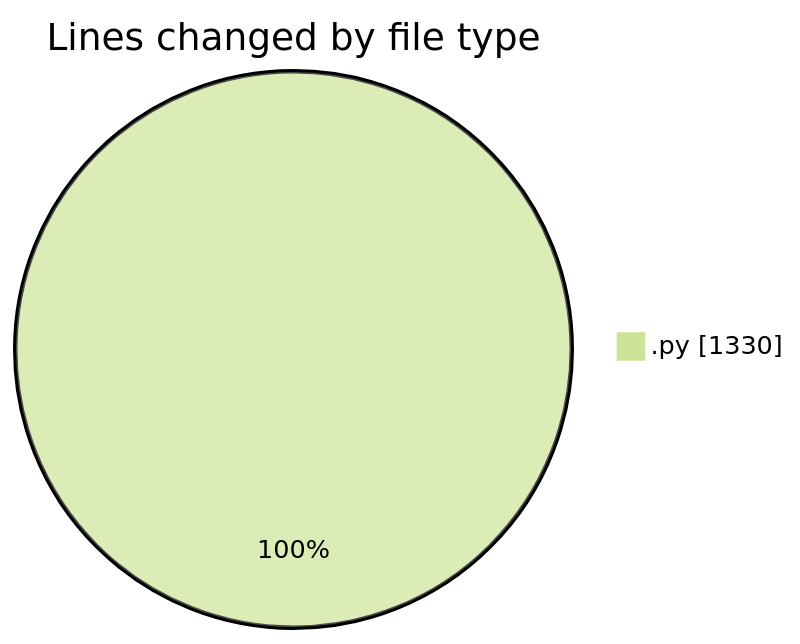
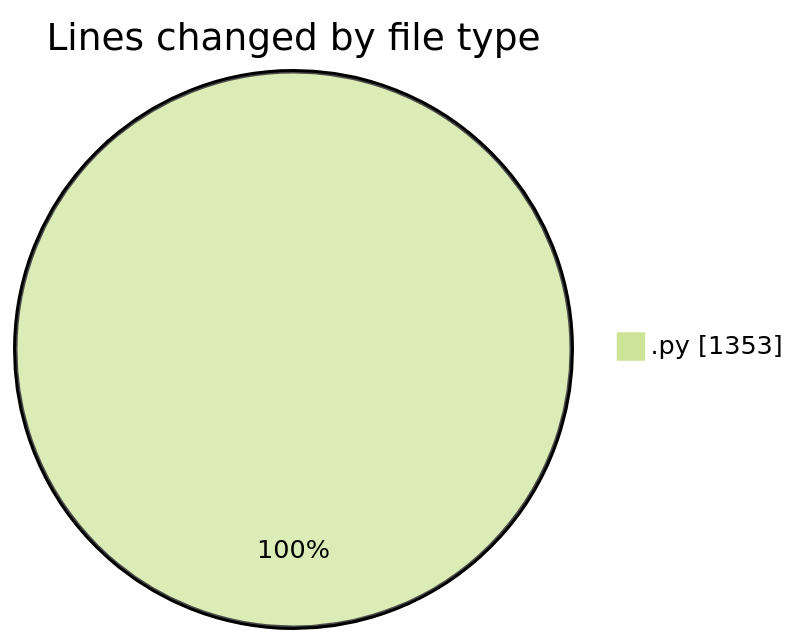
One commit to julien-gomy/code-tracking changed the first of 2 diagrams in 2025-10-15/eventscop-api-guide__workspace_/README.md. Above: the diagram before and after it, drawn with Mermaid (forest theme). The commit also changed other lines of this file and 1 other file, not shown here.

````diff
--- a/2025-10-15/eventscop-api-guide__workspace_/README.md
+++ b/2025-10-15/eventscop-api-guide__workspace_/README.md
@@ -21,5 +21,5 @@
 ```mermaid
 pie showData
 title Lines changed by file type
-".py" : 1330
+".py" : 1353
 ```
````
